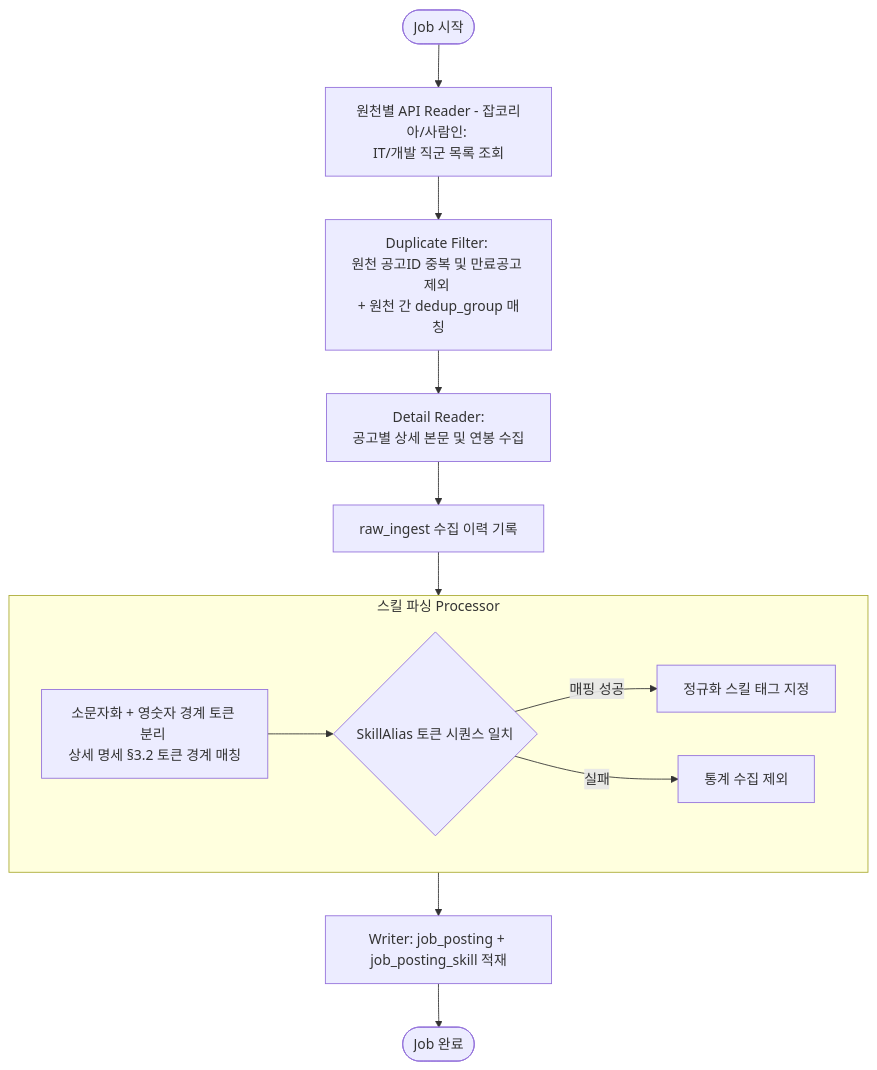
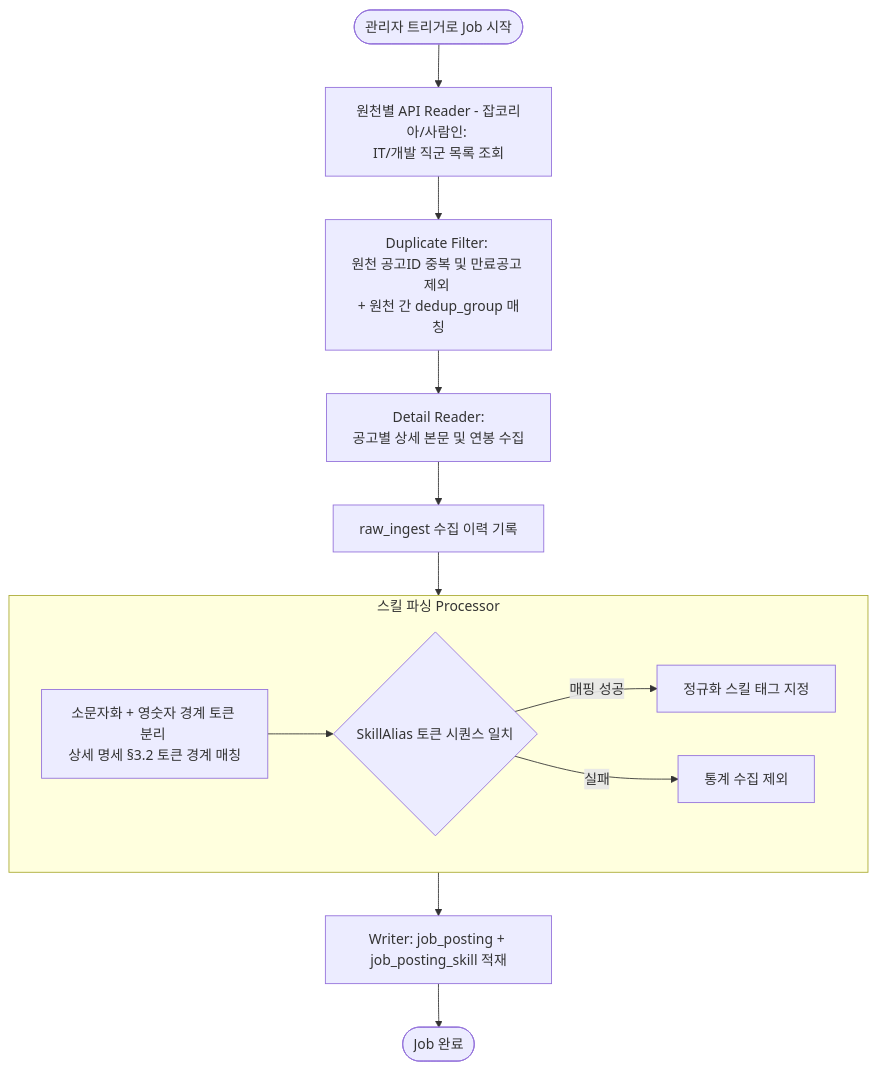
The third of 5 diagrams in docs/specs/application-workflow.md (SeoHyeokGyu/Carix), drawn with Mermaid before and after one commit. The commit also changed other lines of this file and 1 other file, not shown here.

Commit message:
docs(snapshot): 지수 스냅샷 갱신(Job 4) core-api 전담 소유 명세화

````diff
--- a/docs/specs/application-workflow.md
+++ b/docs/specs/application-workflow.md
@@ -120,17 +124,17 @@
 ```mermaid
 flowchart TD
-    Start([Job 시작]) --> Reader[원천별 API Reader - 잡코리아/사람인: <br>IT/개발 직군 목록 조회]
+    Start([관리자 트리거로 Job 시작]) --> Reader[원천별 API Reader - 잡코리아/사람인: <br>IT/개발 직군 목록 조회]
     Reader --> Filter[Duplicate Filter: <br>원천 공고ID 중복 및 만료공고 제외 <br>+ 원천 간 dedup_group 매칭]
     Filter --> DetailReader[Detail Reader: <br>공고별 상세 본문 및 연봉 수집]
     
     subgraph SkillParser [스킬 파싱 Processor]
         Preprocess[소문자화 + 영숫자 경계 토큰 분리 <br>상세 명세 §3.2 토큰 경계 매칭] --> AliasMatch{SkillAlias 토큰 시퀀스 일치}
         AliasMatch -->|매핑 성공| TagSkill[정규화 스킬 태그 지정]
         AliasMatch -->|실패| Drop[통계 수집 제외]
     end
     
     DetailReader --> RawStore[raw_ingest 수집 이력 기록]
     RawStore --> SkillParser
     SkillParser --> Writer[Writer: job_posting + job_posting_skill 적재]
     Writer --> End([Job 완료])
 ```
````
